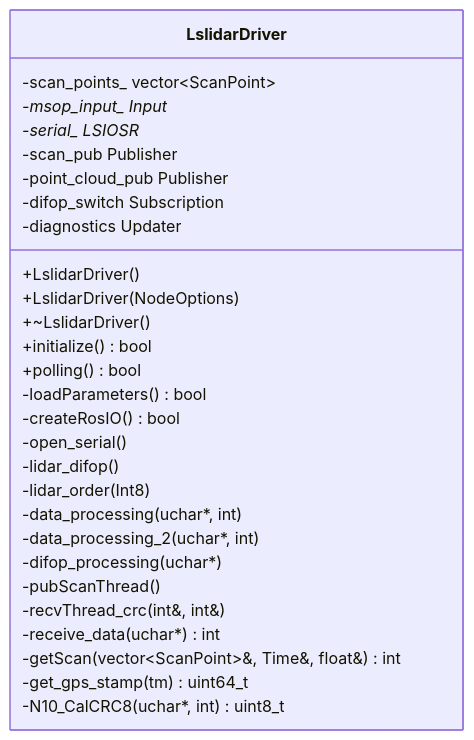
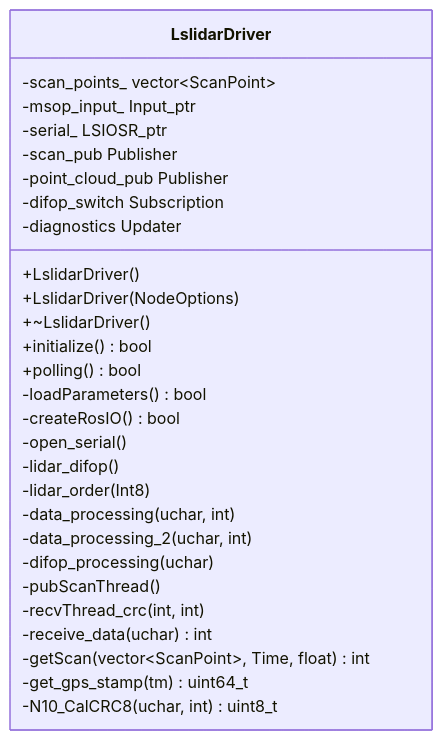
One commit to declue/Lslidar_ROS2_driver changed the first of 10 diagrams in docs/api-reference.md. Above: the diagram before and after it, drawn with Mermaid. The commit also changed other lines of this file and 3 other files, not shown here.

First line of the commit message:
fix: Mermaid 다이어그램 렌더링 오류 수정

````diff
--- a/docs/api-reference.md
+++ b/docs/api-reference.md
@@ -7,31 +7,31 @@
 ```mermaid
 classDiagram
     class LslidarDriver {
         +LslidarDriver()
         +LslidarDriver(NodeOptions)
         +~LslidarDriver()
         +initialize() bool
         +polling() bool
         -loadParameters() bool
         -createRosIO() bool
         -open_serial()
         -lidar_difop()
         -lidar_order(Int8)
-        -data_processing(uchar*, int)
-        -data_processing_2(uchar*, int)
-        -difop_processing(uchar*)
+        -data_processing(uchar, int)
+        -data_processing_2(uchar, int)
+        -difop_processing(uchar)
         -pubScanThread()
-        -recvThread_crc(int&, int&)
-        -receive_data(uchar*) int
-        -getScan(vector~ScanPoint~&, Time&, float&) int
+        -recvThread_crc(int, int)
+        -receive_data(uchar) int
+        -getScan(vector&lt;ScanPoint&gt;, Time, float) int
         -get_gps_stamp(tm) uint64_t
-        -N10_CalCRC8(uchar*, int) uint8_t
-        -scan_points_ vector~ScanPoint~
-        -msop_input_ Input*
-        -serial_ LSIOSR*
+        -N10_CalCRC8(uchar, int) uint8_t
+        -scan_points_ vector&lt;ScanPoint&gt;
+        -msop_input_ Input_ptr
+        -serial_ LSIOSR_ptr
         -scan_pub Publisher
         -point_cloud_pub Publisher
         -difop_switch Subscription
         -diagnostics Updater
     }
 ```
````
